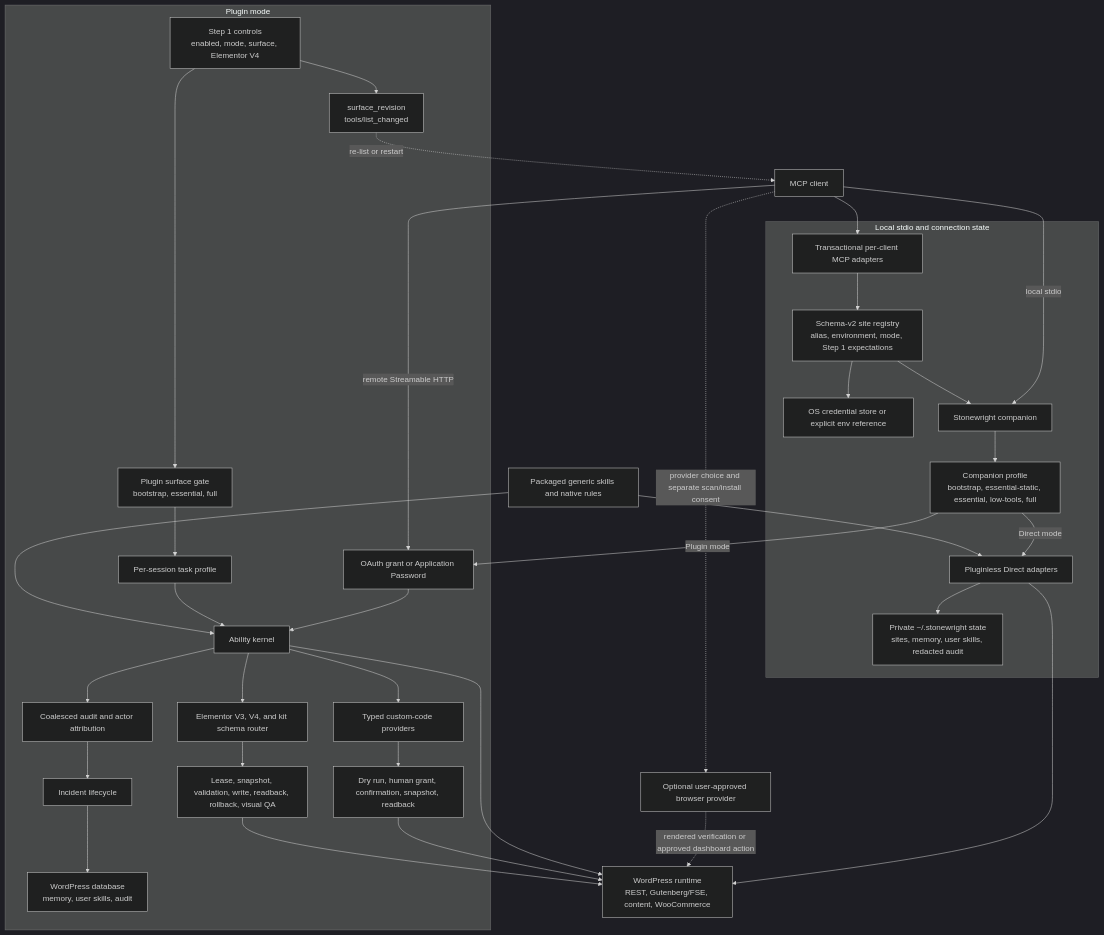
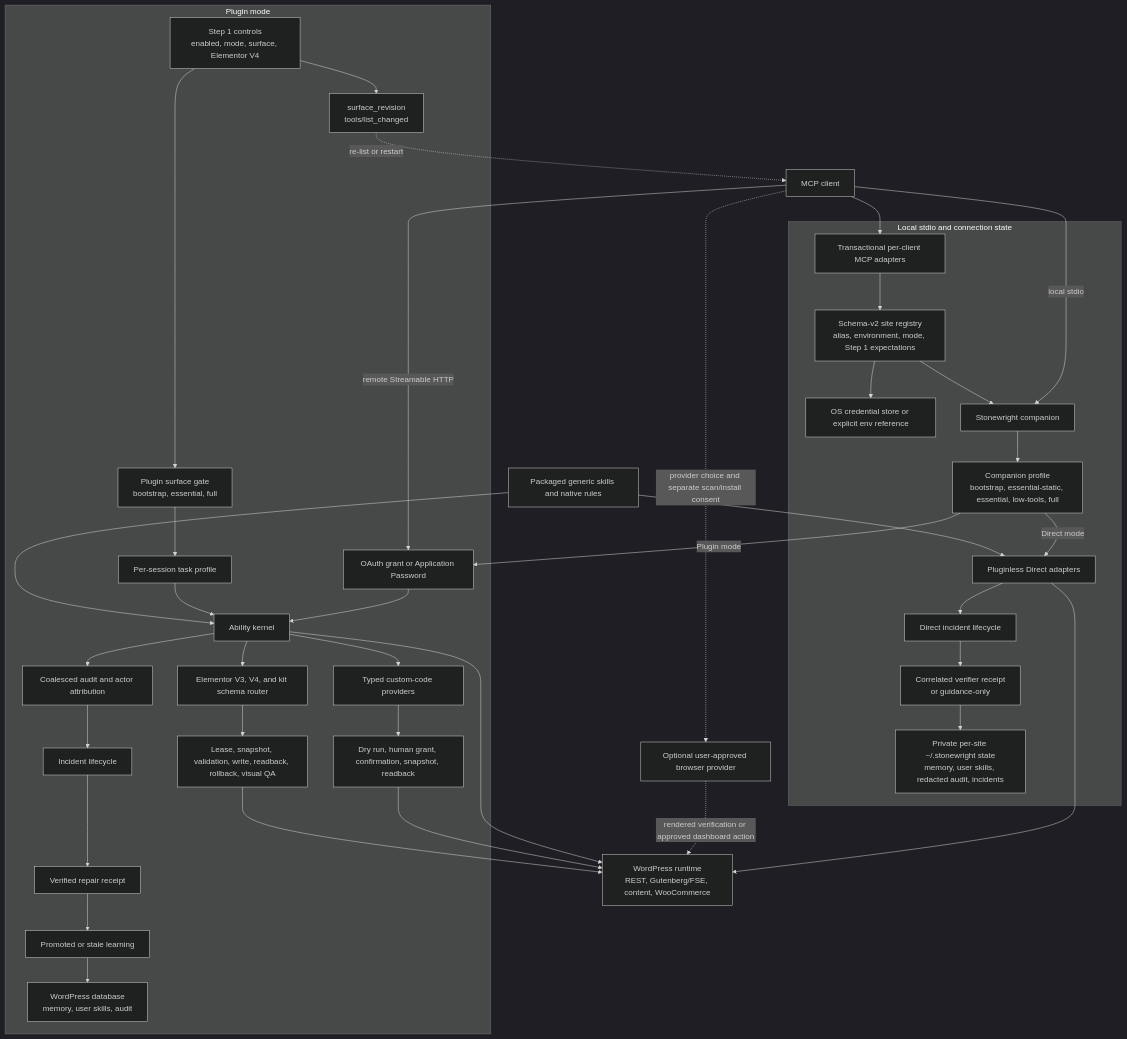
One commit to cosmincraciun97/stonewright-wp-mcp changed the diagram in docs/architecture.md. Above: the diagram before and after it, drawn with Mermaid (dark theme). The commit also changed other lines of this file and 19 other files, not shown here.

````diff
--- a/docs/architecture.md
+++ b/docs/architecture.md
@@ -16,55 +16,59 @@
 ```mermaid
 flowchart TD
     Client["MCP client"]
     Browser["Optional user-approved browser provider"]
 
     subgraph Local["Local stdio and connection state"]
         ClientConfig["Transactional per-client MCP adapters"]
         Registry["Schema-v2 site registry<br/>alias, environment, mode, Step 1 expectations"]
         Credentials["OS credential store or explicit env reference"]
         Companion["Stonewright companion"]
         CompanionProfile["Companion profile<br/>bootstrap, essential-static, essential, low-tools, full"]
         Direct["Pluginless Direct adapters"]
-        DirectState["Private ~/.stonewright state<br/>sites, memory, user skills, redacted audit"]
+        DirectState["Private per-site ~/.stonewright state<br/>memory, user skills, redacted audit, incidents"]
+        DirectIncidents["Direct incident lifecycle"]
+        DirectReceipt["Correlated verifier receipt<br/>or guidance-only"]
     end
 
     subgraph PluginMode["Plugin mode"]
         Auth["OAuth grant or Application Password"]
         Step1["Step 1 controls<br/>enabled, mode, surface, Elementor V4"]
         Surface["Plugin surface gate<br/>bootstrap, essential, full"]
         Session["Per-session task profile"]
         Revision["surface_revision<br/>tools/list_changed"]
         Plugin["Ability kernel"]
         Code["Typed custom-code providers"]
         Approval["Dry run, human grant, confirmation, snapshot, readback"]
         Elementor["Elementor V3, V4, and kit schema router"]
         Closure["Lease, snapshot, validation, write, readback, rollback, visual QA"]
         Audit["Coalesced audit and actor attribution"]
         Incidents["Incident lifecycle"]
+        RepairReceipt["Verified repair receipt"]
+        Learning["Promoted or stale learning"]
         PluginState["WordPress database<br/>memory, user skills, audit"]
     end
 
     WordPress["WordPress runtime<br/>REST, Gutenberg/FSE, content, WooCommerce"]
     Builtins["Packaged generic skills and native rules"]
 
     Client -->|"local stdio"| Companion
     Client -->|"remote Streamable HTTP"| Auth
     Client --> ClientConfig
     ClientConfig --> Registry --> Credentials
     Registry --> Companion --> CompanionProfile
     CompanionProfile -->|"Plugin mode"| Auth
     CompanionProfile -->|"Direct mode"| Direct
     Direct --> WordPress
-    Direct --> DirectState
+    Direct --> DirectIncidents --> DirectReceipt --> DirectState
     Auth --> Plugin
     Step1 --> Surface --> Session --> Plugin
     Step1 --> Revision -. "re-list or restart" .-> Client
     Plugin --> WordPress
     Plugin --> Code --> Approval --> WordPress
     Plugin --> Elementor --> Closure --> WordPress
-    Plugin --> Audit --> Incidents --> PluginState
+    Plugin --> Audit --> Incidents --> RepairReceipt --> Learning --> PluginState
     Builtins --> Plugin
     Builtins --> Direct
     Client -. "provider choice and separate scan/install consent" .-> Browser
     Browser -. "rendered verification or approved dashboard action" .-> WordPress
 ```
````
